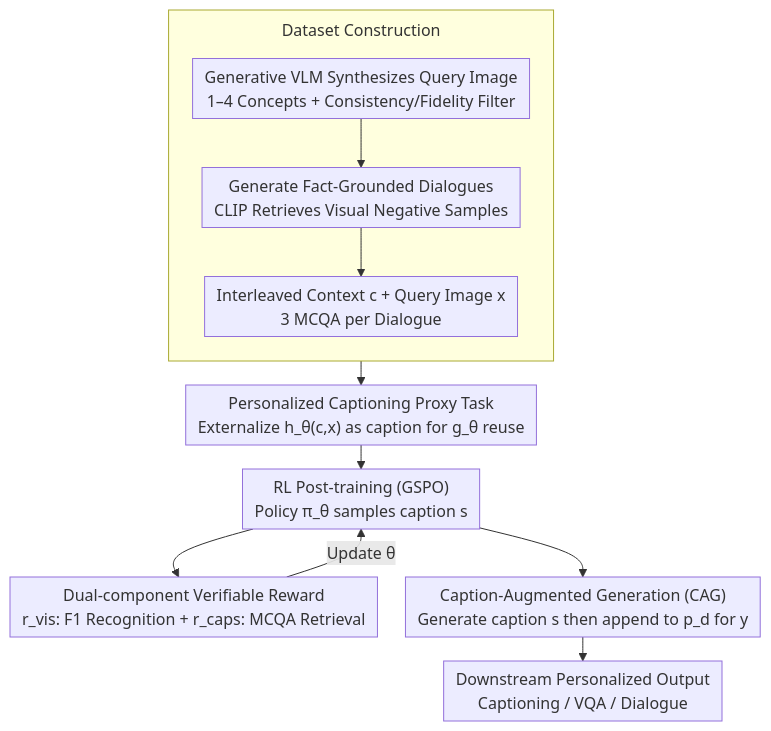
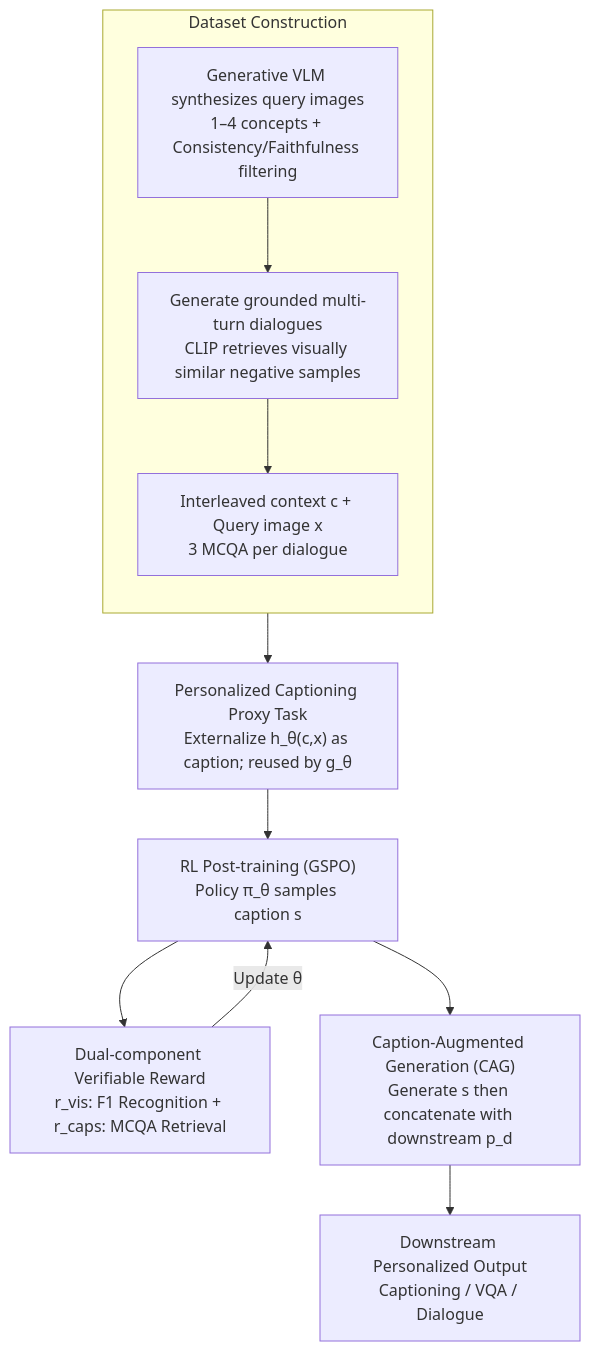
The diagram in docs/ICML2026/multimodal_vlm/contextualized_visual_personalization_in_vision-language_models.md (zhaoyang97/Paper-Notes-en), drawn with Mermaid before and after one commit. The commit also changed other lines of this file and 5084 other files, not shown here.

````diff
--- a/docs/ICML2026/multimodal_vlm/contextualized_visual_personalization_in_vision-language_models.md
+++ b/docs/ICML2026/multimodal_vlm/contextualized_visual_personalization_in_vision-language_models.md
@@ -47,15 +47,14 @@
 ```mermaid
-%%{init: {'flowchart': {'rankSpacing': 24, 'nodeSpacing': 28, 'padding': 6, 'wrappingWidth': 400, 'subGraphTitleMargin': {'top': 8, 'bottom': 16}}}}%%
-flowchart TD
+graph TD
     subgraph DATA["Dataset Construction"]
         direction TB
-        A["Generative VLM Synthesizes Query Image<br/>1–4 Concepts + Consistency/Fidelity Filter"] --> B["Generate Fact-Grounded Dialogues<br/>CLIP Retrieves Visual Negative Samples"]
-        B --> C["Interleaved Context c + Query Image x<br/>3 MCQA per Dialogue"]
+        A["Generative VLM synthesizes query images<br/>1–4 concepts + Consistency/Faithfulness filtering"] --> B["Generate grounded multi-turn dialogues<br/>CLIP retrieves visually similar negative samples"]
+        B --> C["Interleaved context c + Query image x<br/>3 MCQA per dialogue"]
     end
-    C --> D["Personalized Captioning Proxy Task<br/>Externalize h_θ(c,x) as caption for g_θ reuse"]
+    C --> D["Personalized Captioning Proxy Task<br/>Externalize h_θ(c,x) as caption; reused by g_θ"]
     D --> E["RL Post-training (GSPO)<br/>Policy π_θ samples caption s"]
     E --> F["Dual-component Verifiable Reward<br/>r_vis: F1 Recognition + r_caps: MCQA Retrieval"]
     F -->|Update θ| E
-    E --> G["Caption-Augmented Generation (CAG)<br/>Generate caption s then append to p_d for y"]
+    E --> G["Caption-Augmented Generation (CAG)<br/>Generate s then concatenate with downstream p_d"]
     G --> H["Downstream Personalized Output<br/>Captioning / VQA / Dialogue"]
 ```
````
